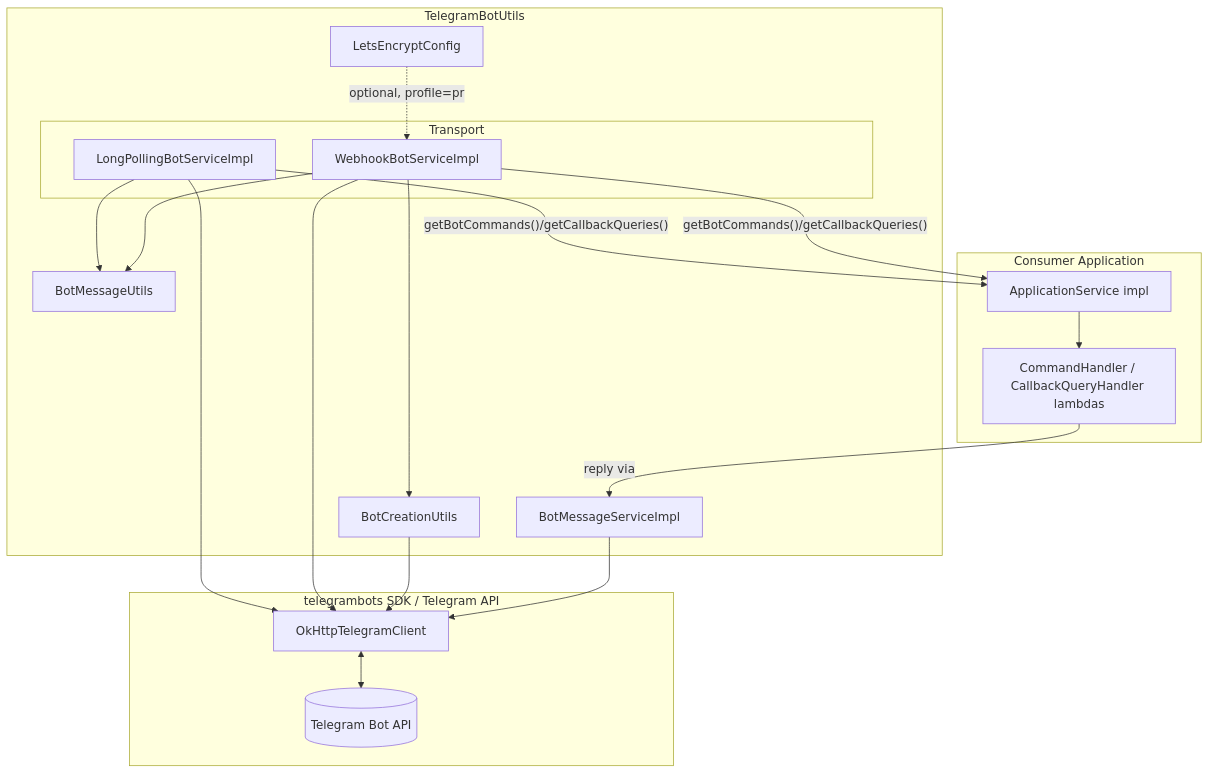
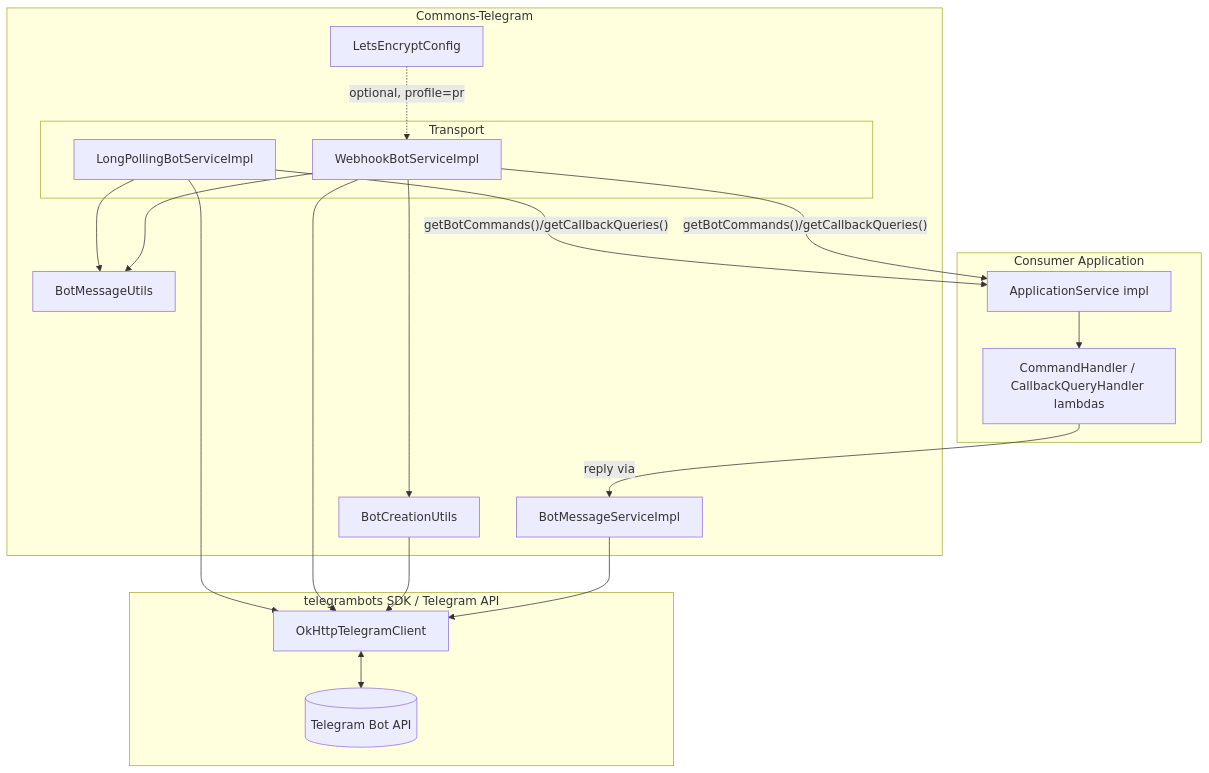
Before and after one commit to themarioga/Commons-Telegram: the first of 2 diagrams in docs/CODEBASE_MAP.md, drawn with Mermaid. The commit also changed other lines of this file and 71 other files, not shown here.

First line of the commit message:
Renombra el módulo a Commons-Telegram

````diff
--- a/docs/CODEBASE_MAP.md
+++ b/docs/CODEBASE_MAP.md
@@ -21,37 +21,37 @@
 ```mermaid
 graph TB
     subgraph Consumer["Consumer Application"]
         AppSvc[ApplicationService impl]
         Handlers["CommandHandler / CallbackQueryHandler lambdas"]
     end
 
-    subgraph Library["TelegramBotUtils"]
+    subgraph Library["Commons-Telegram"]
         subgraph Transport
             LP[LongPollingBotServiceImpl]
             WH[WebhookBotServiceImpl]
         end
         BSI[BotMessageServiceImpl]
         BMU[BotMessageUtils]
         BCU[BotCreationUtils]
         LEC[LetsEncryptConfig]
     end
 
     subgraph SDK["telegrambots SDK / Telegram API"]
         Client[OkHttpTelegramClient]
         TG[(Telegram Bot API)]
     end
 
     AppSvc --> Handlers
     LP -->|"getBotCommands()/getCallbackQueries()"| AppSvc
     WH -->|"getBotCommands()/getCallbackQueries()"| AppSvc
     LP --> BMU
     WH --> BMU
     LP --> Client
     WH --> Client
     WH --> BCU
     BCU --> Client
     Handlers -->|reply via| BSI
     BSI --> Client
     Client <--> TG
     LEC -.optional, profile=pro.-> WH
 ```
````
